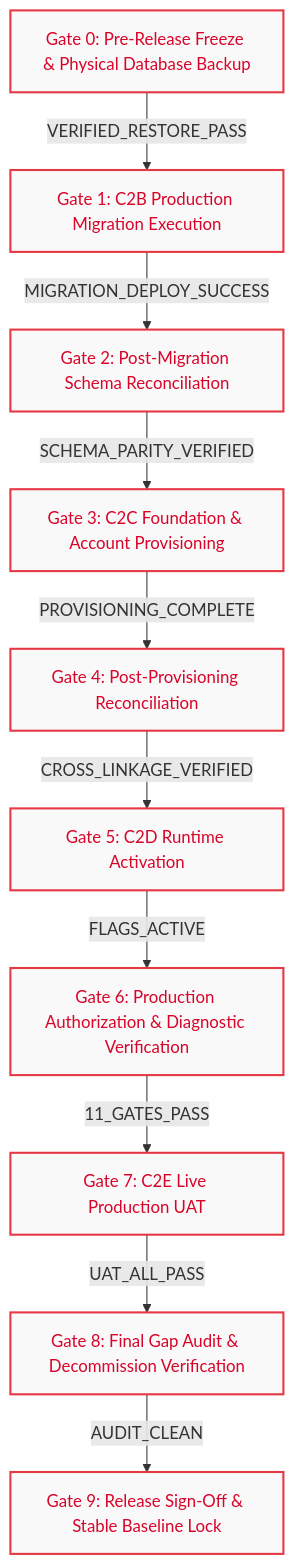
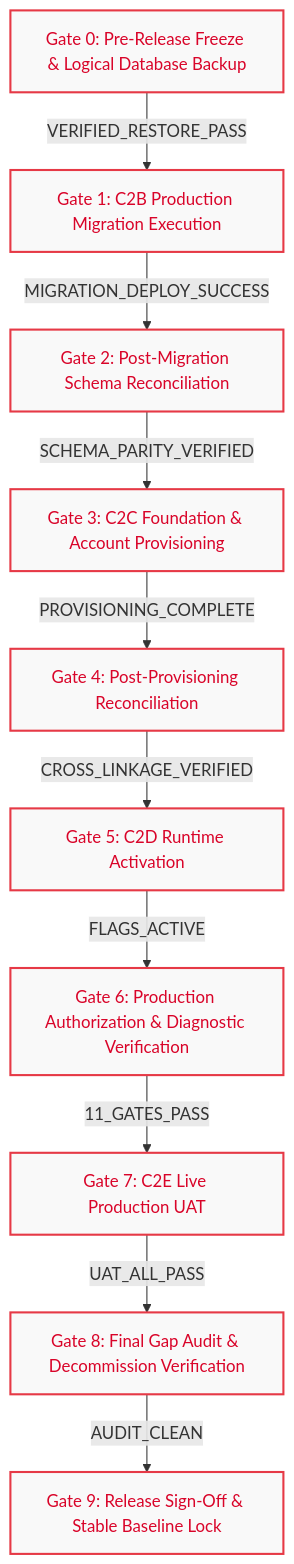
Before and after one commit to abdngr23-pixel/stq-education-portal: the first of 2 diagrams in docs/STQ_M3_RELEASE_DEPENDENCIES.md, drawn with Mermaid. The commit also changed other lines of this file and 3 other files, not shown here.

````diff
--- a/docs/STQ_M3_RELEASE_DEPENDENCIES.md
+++ b/docs/STQ_M3_RELEASE_DEPENDENCIES.md
@@ -40,16 +40,16 @@
 ```mermaid
 flowchart TD
-    G0[Gate 0: Pre-Release Freeze & Physical Database Backup] -->|VERIFIED_RESTORE_PASS| G1[Gate 1: C2B Production Migration Execution]
+    G0[Gate 0: Pre-Release Freeze & Logical Database Backup] -->|VERIFIED_RESTORE_PASS| G1[Gate 1: C2B Production Migration Execution]
     G1 -->|MIGRATION_DEPLOY_SUCCESS| G2[Gate 2: Post-Migration Schema Reconciliation]
     G2 -->|SCHEMA_PARITY_VERIFIED| G3[Gate 3: C2C Foundation & Account Provisioning]
     G3 -->|PROVISIONING_COMPLETE| G4[Gate 4: Post-Provisioning Reconciliation]
     G4 -->|CROSS_LINKAGE_VERIFIED| G5[Gate 5: C2D Runtime Activation]
     G5 -->|FLAGS_ACTIVE| G6[Gate 6: Production Authorization & Diagnostic Verification]
     G6 -->|11_GATES_PASS| G7[Gate 7: C2E Live Production UAT]
     G7 -->|UAT_ALL_PASS| G8[Gate 8: Final Gap Audit & Decommission Verification]
     G8 -->|AUDIT_CLEAN| G9[Gate 9: Release Sign-Off & Stable Baseline Lock]
 
     classDef blocked fill:#f9f9f9,stroke:#e63946,stroke-width:2px,color:#d90429;
     classDef verified fill:#e8f5e9,stroke:#2a9d8f,stroke-width:2px,color:#1b4332;
     class G0,G1,G2,G3,G4,G5,G6,G7,G8,G9 blocked;
 ```
````
